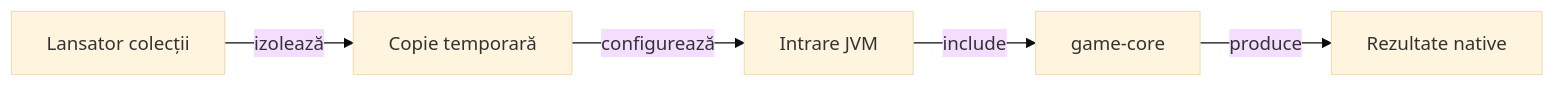
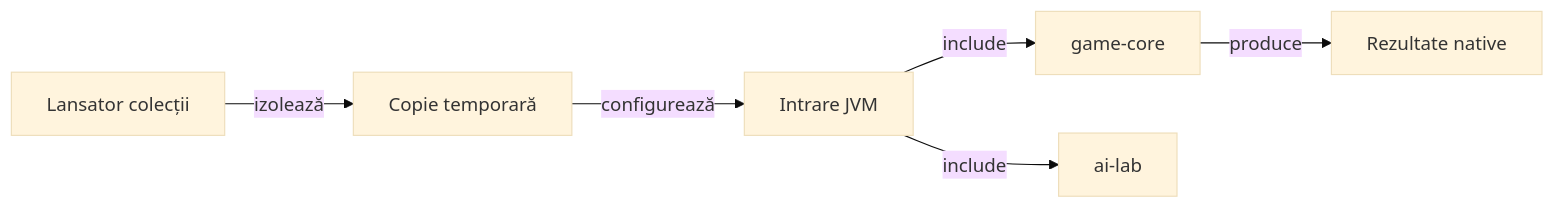
The diagram in whist-lab-app/algorithm-build/README.md (crististefanita/atf_j4), drawn with Mermaid (base theme) before and after one commit. The commit also changed other lines of this file and 302 other files, not shown here.

````diff
--- a/whist-lab-app/algorithm-build/README.md
+++ b/whist-lab-app/algorithm-build/README.md
@@ -11,7 +11,8 @@
 ```mermaid
 flowchart LR
     RUN[Lansator colecții] -->|izolează| COPY[Copie temporară]
     COPY -->|configurează| BUILD[Intrare JVM]
     BUILD -->|include| CORE[game-core]
+    BUILD -->|include| LAB[ai-lab]
     CORE -->|produce| RESULT[Rezultate native]
 ```
````
